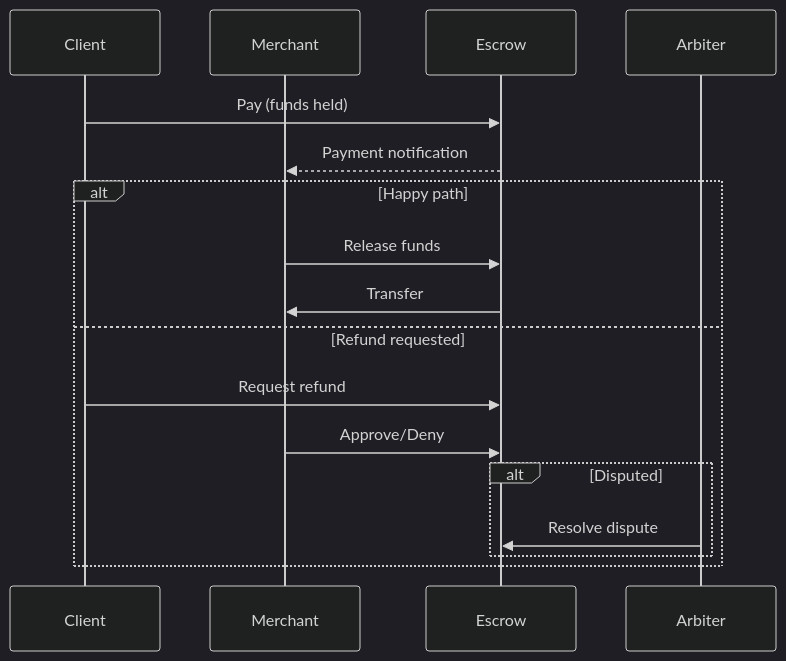
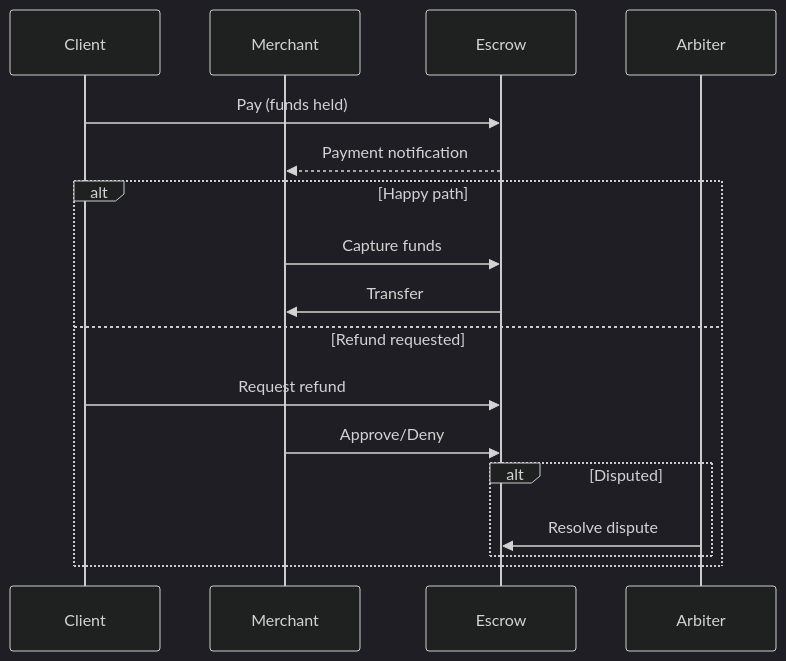
Before and after one commit to BackTrackCo/docs: the diagram in index.mdx, drawn with Mermaid (dark theme). The commit also changed other lines of this file and 78 other files, not shown here.

````diff
--- a/index.mdx
+++ b/index.mdx
@@ -19,21 +19,21 @@
 ```mermaid
 sequenceDiagram
     participant Client
     participant Merchant
     participant Escrow
     participant Arbiter
 
     Client->>Escrow: Pay (funds held)
     Escrow-->>Merchant: Payment notification
 
     alt Happy path
-        Merchant->>Escrow: Release funds
+        Merchant->>Escrow: Capture funds
         Escrow->>Merchant: Transfer
     else Refund requested
         Client->>Escrow: Request refund
         Merchant->>Escrow: Approve/Deny
         alt Disputed
             Arbiter->>Escrow: Resolve dispute
         end
     end
 ```
````
